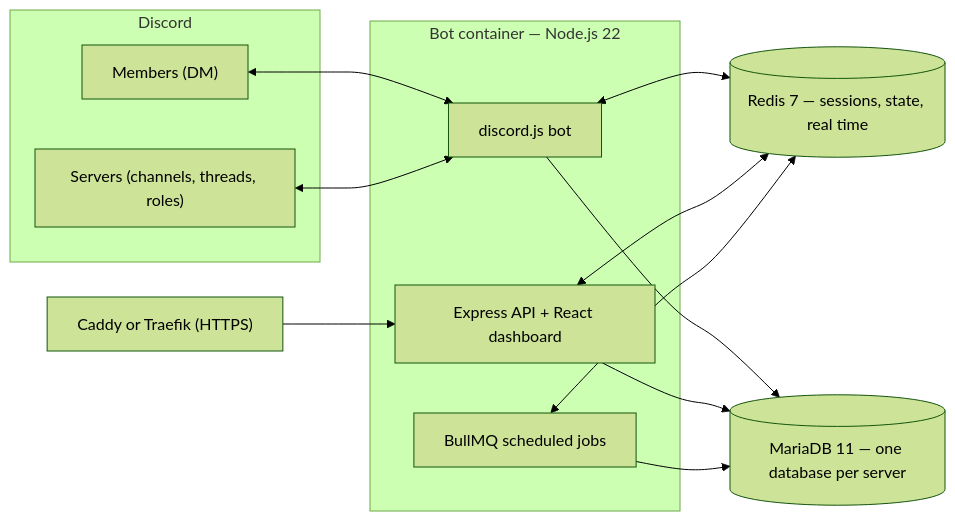
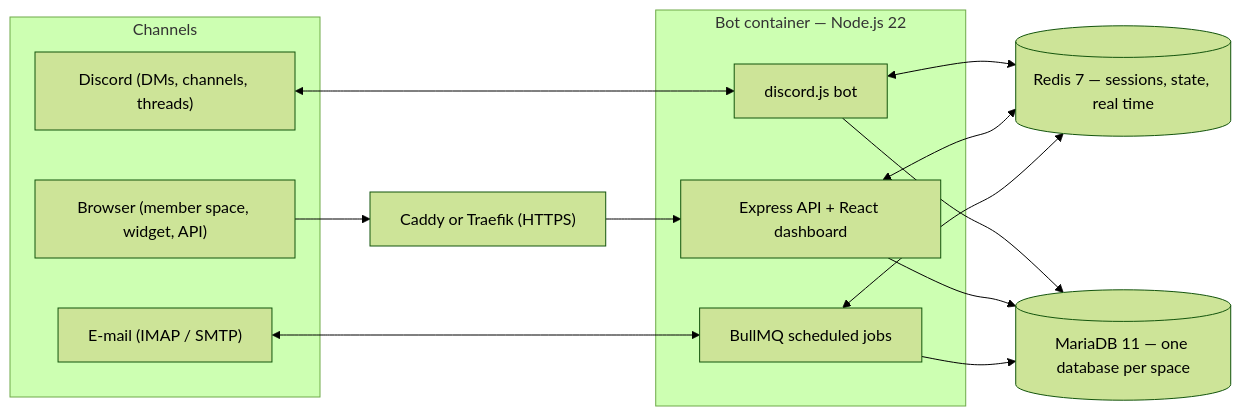
The second of 2 diagrams in docs/en/overview.md (LuquyPest/Bot-ticketting), drawn with Mermaid (forest theme) before and after one commit. The commit also changed other lines of this file and 7 other files, not shown here.

````diff
--- a/docs/en/overview.md
+++ b/docs/en/overview.md
@@ -45,17 +48,18 @@
 ```mermaid
 flowchart LR
-    subgraph Discord
-        MP["Members (DM)"]
-        SRV["Servers (channels, threads, roles)"]
+    subgraph Channels
+        MP["Discord (DMs, channels, threads)"]
+        MAIL["E-mail (IMAP / SMTP)"]
+        WEB["Browser (member space, widget, API)"]
     end
     subgraph App["Bot container — Node.js 22"]
         BOT["discord.js bot"]
         API["Express API + React dashboard"]
         JOBS["BullMQ scheduled jobs"]
     end
-    PROXY["Caddy or Traefik (HTTPS)"] --> API
+    WEB --> PROXY["Caddy or Traefik (HTTPS)"] --> API
     MP <--> BOT
-    SRV <--> BOT
+    MAIL <--> JOBS
     BOT & API & JOBS <--> REDIS[("Redis 7 — sessions, state, real time")]
-    BOT & API & JOBS --> DB[("MariaDB 11 — one database per server")]
+    BOT & API & JOBS --> DB[("MariaDB 11 — one database per space")]
 ```
````
